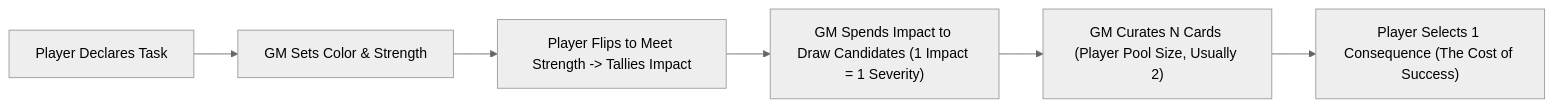
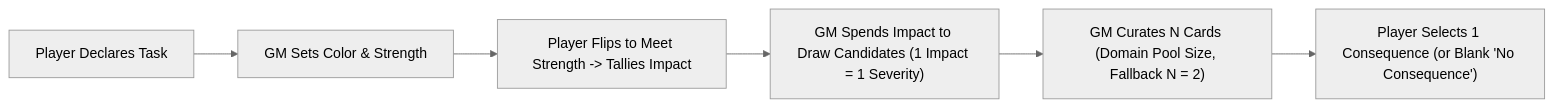
Before and after one commit to tdimiduk/cardpg: the diagram in design/iteration/consequence-pool-tag-escalation/gamemaster-guide-patch.md, drawn with Mermaid (neutral theme). The commit also changed other lines of this file and 5 other files, not shown here.

````diff
--- a/design/iteration/consequence-pool-tag-escalation/gamemaster-guide-patch.md
+++ b/design/iteration/consequence-pool-tag-escalation/gamemaster-guide-patch.md
@@ -101,8 +101,8 @@
 ```mermaid
 flowchart LR
     A["Player Declares Task"] --> B["GM Sets Color & Strength"]
     B --> C["Player Flips to Meet Strength -> Tallies Impact"]
     C --> D["GM Spends Impact to Draw Candidates (1 Impact = 1 Severity)"]
-    D --> E["GM Curates N Cards (Player Pool Size, Usually 2)"]
-    E --> F["Player Selects 1 Consequence (The Cost of Success)"]
+    D --> E["GM Curates N Cards (Domain Pool Size, Fallback N = 2)"]
+    E --> F["Player Selects 1 Consequence (or Blank 'No Consequence')"]
 ```
````
